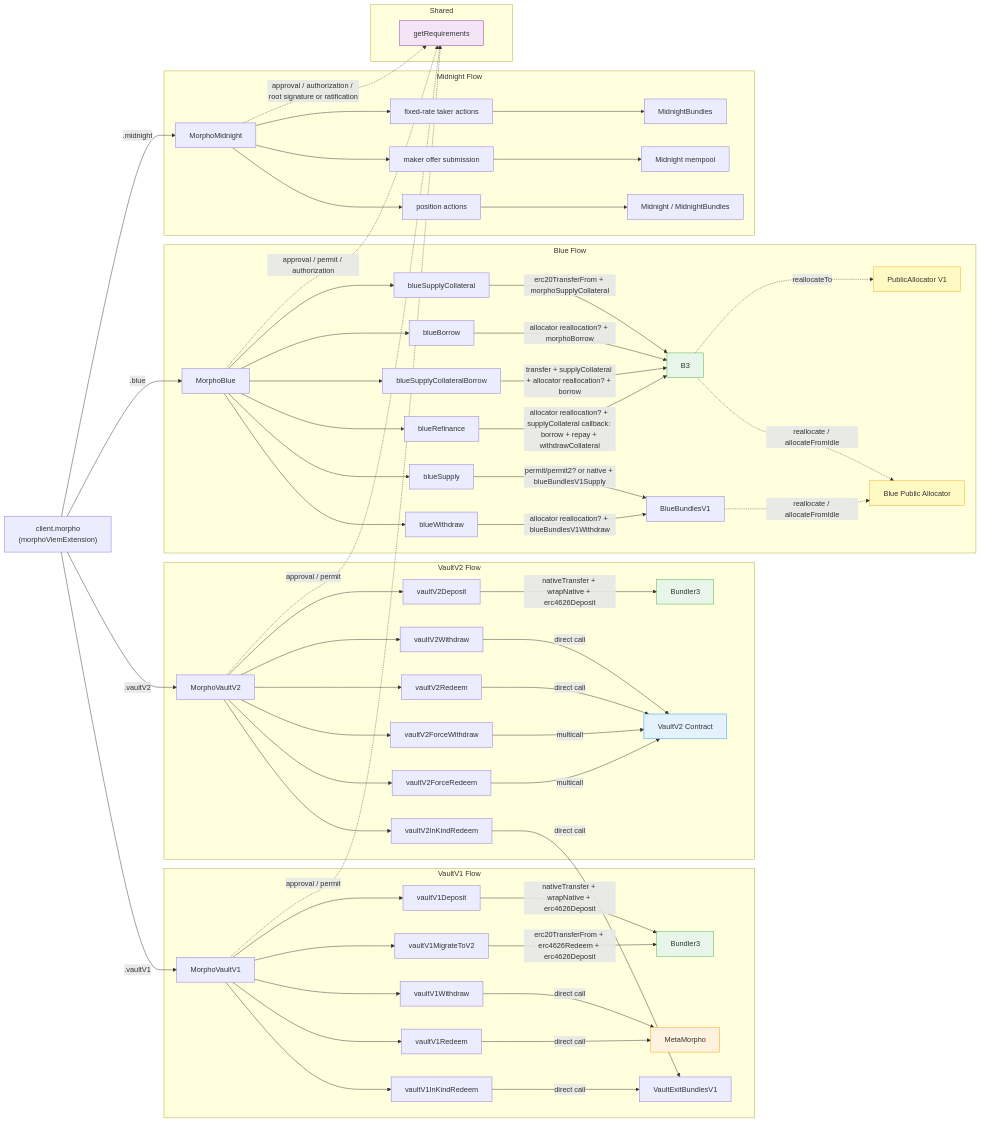
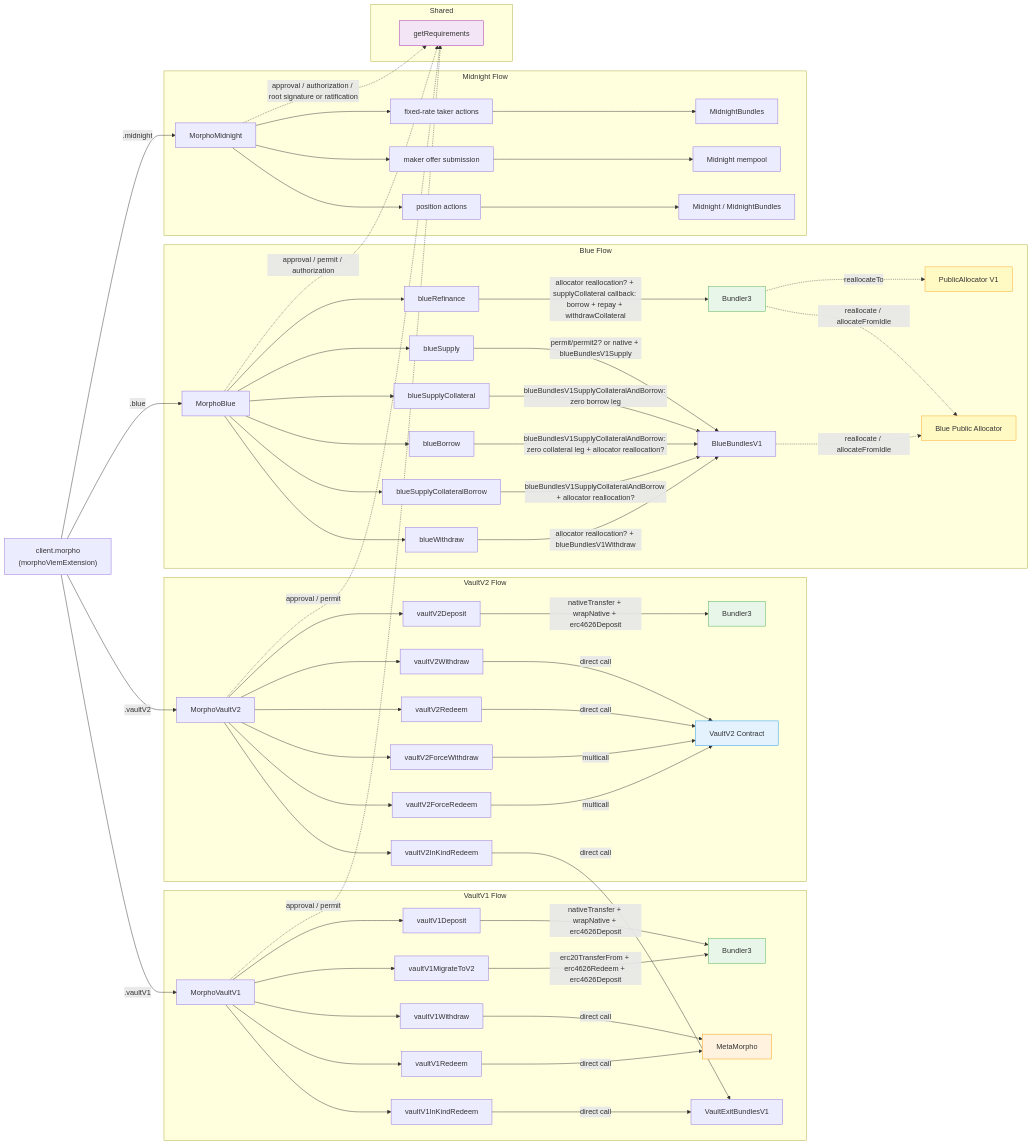
One commit to morpho-org/sdks changed the diagram in packages/morpho-sdk/README.md. Above: the diagram before and after it, drawn with Mermaid. The commit also changed other lines of this file and 8 other files, not shown here.

First line of the commit message:
fix(morpho-sdk): readonly Blue entity params + migrate consumer docs to BlueBundlesV1

```diff
--- a/packages/morpho-sdk/README.md
+++ b/packages/morpho-sdk/README.md
@@ -240,11 +240,11 @@
         MM1 --> M1RF[blueRefinance]
 
         M1S -->|permit/permit2? or native + blueBundlesV1Supply| BB1[BlueBundlesV1]
-        M1SC -->|erc20TransferFrom + morphoSupplyCollateral| B3
-        M1B -->|allocator reallocation? + morphoBorrow| B3
-        M1SCB -->|transfer + supplyCollateral + allocator reallocation? + borrow| B3
+        M1SC -->|blueBundlesV1SupplyCollateralAndBorrow: zero borrow leg| BB1
+        M1B -->|blueBundlesV1SupplyCollateralAndBorrow: zero collateral leg + allocator reallocation?| BB1
+        M1SCB -->|blueBundlesV1SupplyCollateralAndBorrow + allocator reallocation?| BB1
         M1W -->|allocator reallocation? + blueBundlesV1Withdraw| BB1
-        M1RF -->|allocator reallocation? + supplyCollateral callback: borrow + repay + withdrawCollateral| B3
+        M1RF -->|allocator reallocation? + supplyCollateral callback: borrow + repay + withdrawCollateral| B3[Bundler3]
 
         B3 -.->|reallocateTo| PA1[PublicAllocator V1]
         B3 -.->|reallocate / allocateFromIdle| BPA[Blue Public Allocator]
```
